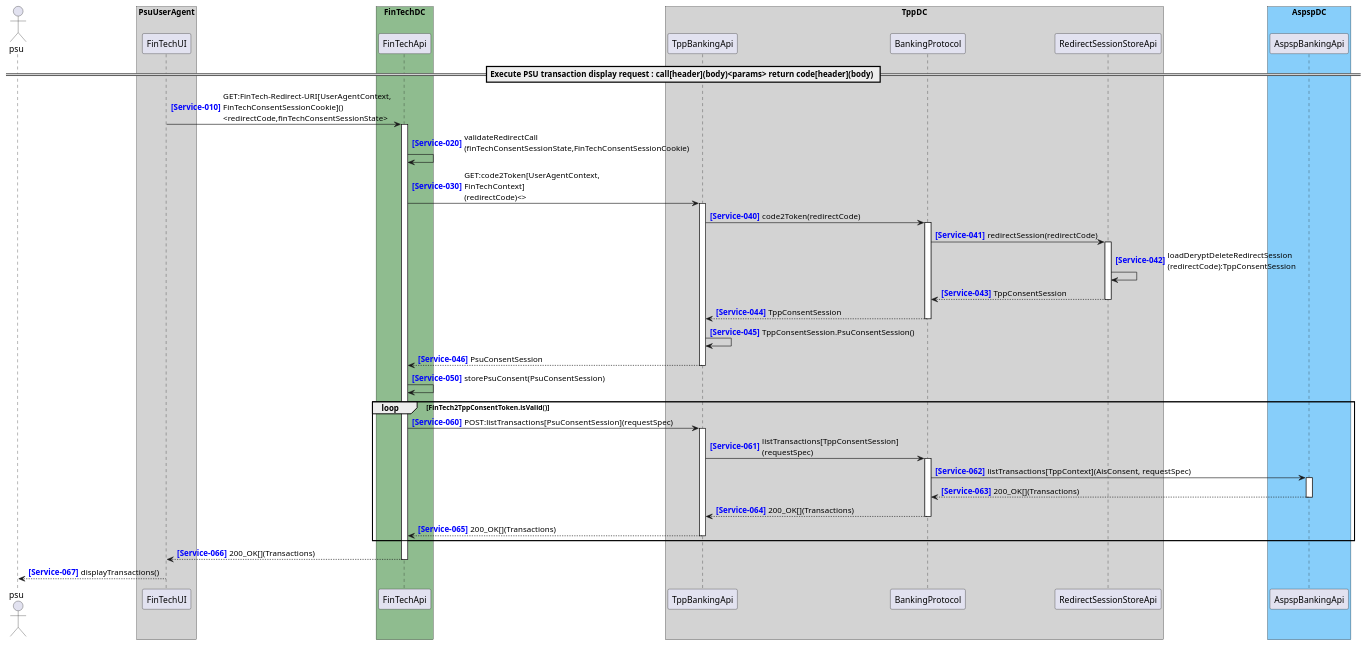
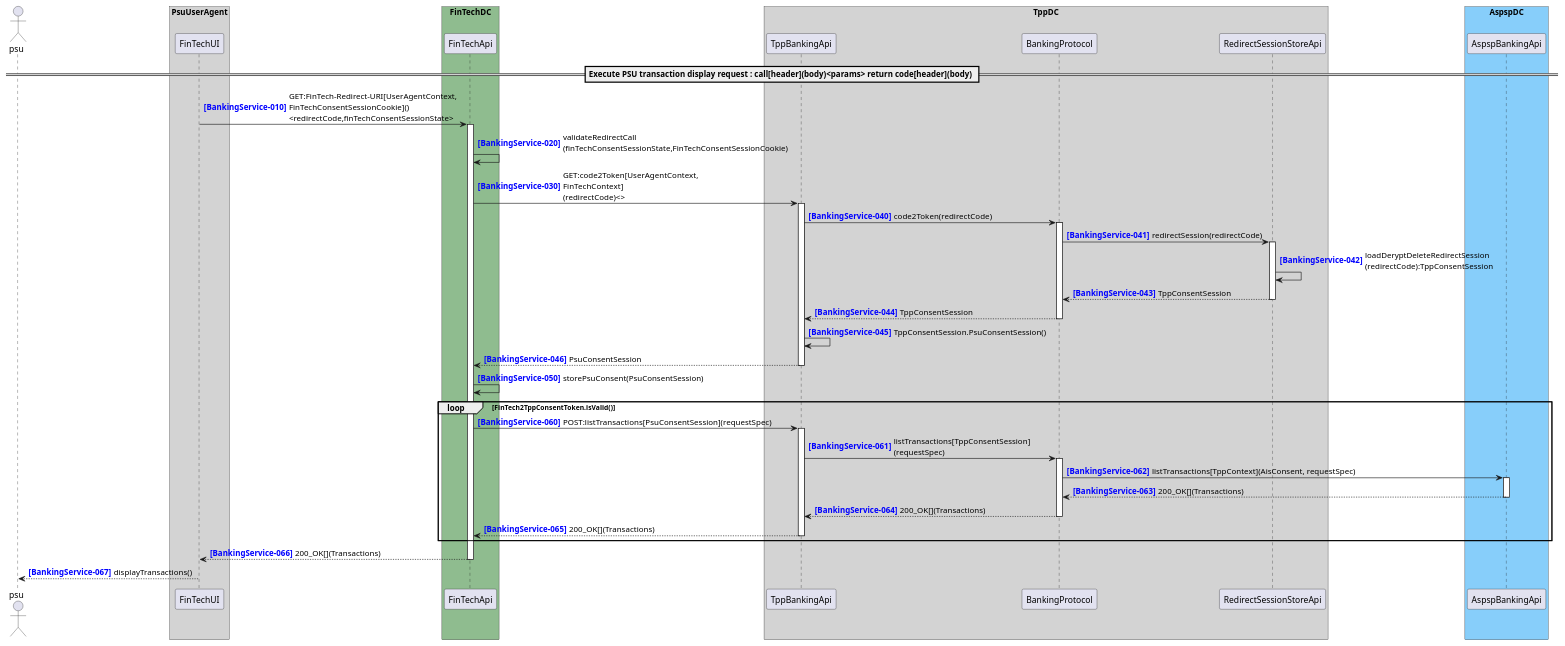
Before and after one commit to adorsys/open-banking-gateway: the diagram in docs/architecture/diagrams/useCases/6-consume_api.puml, drawn with PlantUML. The commit also changed 3 other files, not shown here.

```diff
--- a/docs/architecture/diagrams/useCases/6-consume_api.puml
+++ b/docs/architecture/diagrams/useCases/6-consume_api.puml
@@ -1,53 +1,53 @@
 @startuml
 
-autonumber 10 10 "<b><color blue>[Service-000]"
+autonumber 10 10 "<b><color blue>[BankingService-000]"
 actor psu
 
 box "PsuUserAgent" #LightGray
     participant "FinTechUI" as FinTechUI
     'participant "ConsentAuthorisationUI" as ConsentAuthorisationUI
     'participant "OnlineBankingUI" as OnlineBankingUI
 end box
 box "FinTechDC" #DarkSeaGreen
     participant "FinTechApi" as FinTechApi
 end box
 box "TppDC" #LightGray
     participant "TppBankingApi" as TppBankingApi
     'participant "TppBankSearchApi" as TppBankSearchApi
     'participant "ConsentAuthorisationApi" as ConsentAuthorisationApi
 
     participant "BankingProtocol" as BankingProtocol
     participant "RedirectSessionStoreApi" as RedirectSessionStoreApi
 end box
 box "AspspDC" #LightSkyBlue
 	participant "AspspBankingApi" as AspspBankingApi
     'participant "OnlineBankingApi" as OnlineBankingApi
 end box
 
 == Execute PSU transaction display request : call[header](body)<params> return code[header](body) ==
 
 FinTechUI -> FinTechApi ++ : GET:FinTech-Redirect-URI[UserAgentContext,\nFinTechConsentSessionCookie]()\n<redirectCode,finTechConsentSessionState>
 FinTechApi -> FinTechApi : validateRedirectCall\n(finTechConsentSessionState,FinTechConsentSessionCookie)
 FinTechApi -> TppBankingApi ++ : GET:code2Token[UserAgentContext,\nFinTechContext]\n(redirectCode)<>
-autonumber 40 1 "<b><color blue>[Service-000]"
+autonumber 40 1 "<b><color blue>[BankingService-000]"
 TppBankingApi -> BankingProtocol ++ : code2Token(redirectCode)
 BankingProtocol -> RedirectSessionStoreApi ++ : redirectSession(redirectCode)
 RedirectSessionStoreApi -> RedirectSessionStoreApi : loadDeryptDeleteRedirectSession\n(redirectCode):TppConsentSession
 return TppConsentSession
 return TppConsentSession
 TppBankingApi -> TppBankingApi: TppConsentSession.PsuConsentSession()
 return PsuConsentSession
-autonumber 50 10 "<b><color blue>[Service-000]"
+autonumber 50 10 "<b><color blue>[BankingService-000]"
 FinTechApi -> FinTechApi : storePsuConsent(PsuConsentSession)
 loop FinTech2TppConsentToken.isValid()
-    autonumber 60 1 "<b><color blue>[Service-000]"
+    autonumber 60 1 "<b><color blue>[BankingService-000]"
     FinTechApi -> TppBankingApi ++ : POST:listTransactions[PsuConsentSession](requestSpec)
     TppBankingApi -> BankingProtocol ++ : listTransactions[TppConsentSession]\n(requestSpec) 
     BankingProtocol -> AspspBankingApi ++ : listTransactions[TppContext](AisConsent, requestSpec) 
     return 200_OK[](Transactions)
     return 200_OK[](Transactions)
     return 200_OK[](Transactions)
 end
 return 200_OK[](Transactions)
 FinTechUI --> psu : displayTransactions()
 @enduml
```
